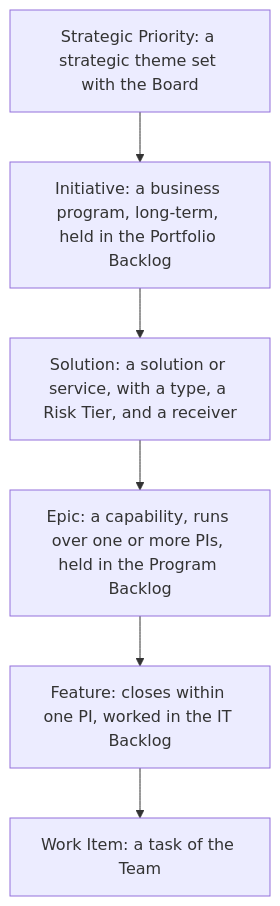
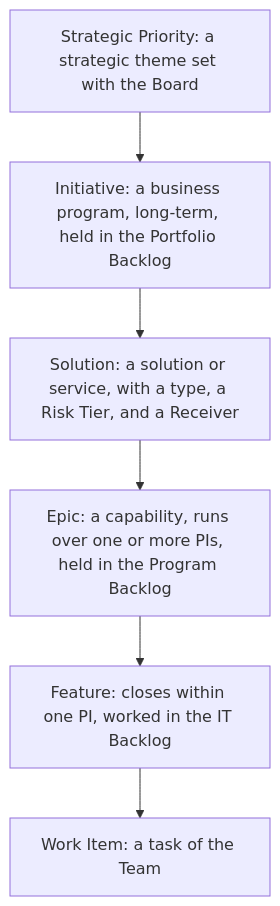
One commit to devhogu/ob-aicc changed the first of 3 diagrams in charter/workflows/service-delivery.md. Above: the diagram before and after it, drawn with Mermaid. The commit also changed other lines of this file and 88 other files, not shown here.

````diff
--- a/charter/workflows/service-delivery.md
+++ b/charter/workflows/service-delivery.md
@@ -25,8 +25,8 @@
 ```mermaid
 flowchart TB
   T["Strategic Priority: a strategic theme set with the Board"] --> I["Initiative: a business program, long-term, held in the Portfolio Backlog"]
-  I --> S["Solution: a solution or service, with a type, a Risk Tier, and a receiver"]
+  I --> S["Solution: a solution or service, with a type, a Risk Tier, and a Receiver"]
   S --> E["Epic: a capability, runs over one or more PIs, held in the Program Backlog"]
   E --> F["Feature: closes within one PI, worked in the IT Backlog"]
   F --> W["Work Item: a task of the Team"]
 ```
````
